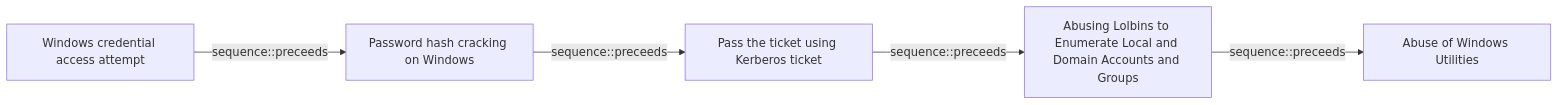
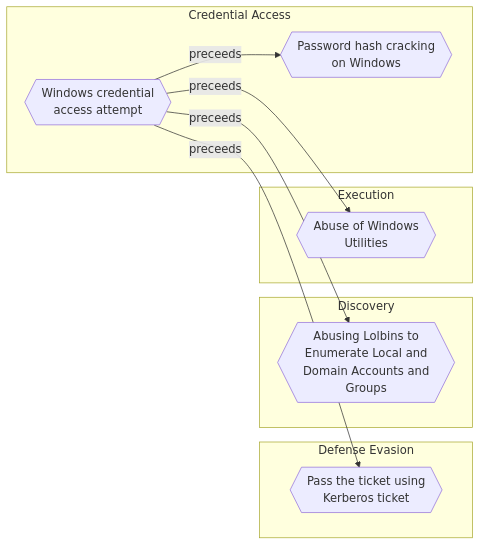
The diagram in docs/threats/windows-credential-access-attempt.md (opentidehq/library), drawn with Mermaid before and after one commit. The commit also changed other lines of this file and 540 other files, not shown here.

````diff
--- a/docs/threats/windows-credential-access-attempt.md
+++ b/docs/threats/windows-credential-access-attempt.md
@@ -171,12 +181,20 @@
 ```mermaid
 flowchart LR
-d0522985_6001_4e25_a5ff_2dc87bf2fee8["Windows credential access attempt"]
-35c76d6c_2ac7_486e_b0b7_b56f6b110bec["Password hash cracking on Windows"]
-03cc9593_e7cf_484b_ae9c_684bf6f7199f["Pass the ticket using Kerberos ticket"]
-3b1026c6_7d04_4b91_ba6f_abc68e993616["Abusing Lolbins to Enumerate Local and Domain Accounts and Groups"]
-d5039f2c_9fcc_4ba3_ad6a_da8c891ba745["Abuse of Windows Utilities"]
-d0522985_6001_4e25_a5ff_2dc87bf2fee8 -->|sequence::preceeds| 35c76d6c_2ac7_486e_b0b7_b56f6b110bec
-35c76d6c_2ac7_486e_b0b7_b56f6b110bec -->|sequence::preceeds| 03cc9593_e7cf_484b_ae9c_684bf6f7199f
-03cc9593_e7cf_484b_ae9c_684bf6f7199f -->|sequence::preceeds| 3b1026c6_7d04_4b91_ba6f_abc68e993616
-3b1026c6_7d04_4b91_ba6f_abc68e993616 -->|sequence::preceeds| d5039f2c_9fcc_4ba3_ad6a_da8c891ba745
+subgraph "Credential Access"
+d0522985_6001_4e25_a5ff_2dc87bf2fee8{{"Windows credential<br>access attempt"}}
+35c76d6c_2ac7_486e_b0b7_b56f6b110bec{{"Password hash cracking<br>on Windows"}}
+end
+subgraph "Defense Evasion"
+03cc9593_e7cf_484b_ae9c_684bf6f7199f{{"Pass the ticket using<br>Kerberos ticket"}}
+end
+subgraph "Discovery"
+3b1026c6_7d04_4b91_ba6f_abc68e993616{{"Abusing Lolbins to<br>Enumerate Local and<br>Domain Accounts and<br>Groups"}}
+end
+subgraph "Execution"
+d5039f2c_9fcc_4ba3_ad6a_da8c891ba745{{"Abuse of Windows<br>Utilities"}}
+end
+d0522985_6001_4e25_a5ff_2dc87bf2fee8 -->|preceeds| 35c76d6c_2ac7_486e_b0b7_b56f6b110bec
+d0522985_6001_4e25_a5ff_2dc87bf2fee8 -->|preceeds| 03cc9593_e7cf_484b_ae9c_684bf6f7199f
+d0522985_6001_4e25_a5ff_2dc87bf2fee8 -->|preceeds| 3b1026c6_7d04_4b91_ba6f_abc68e993616
+d0522985_6001_4e25_a5ff_2dc87bf2fee8 -->|preceeds| d5039f2c_9fcc_4ba3_ad6a_da8c891ba745
 ```
````
